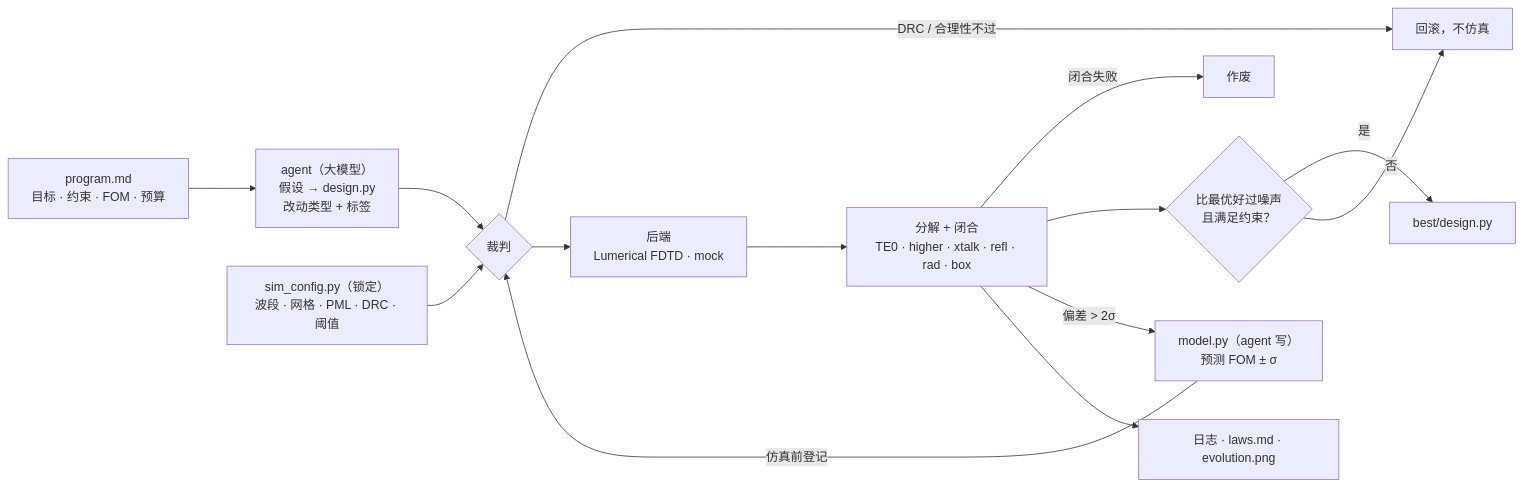
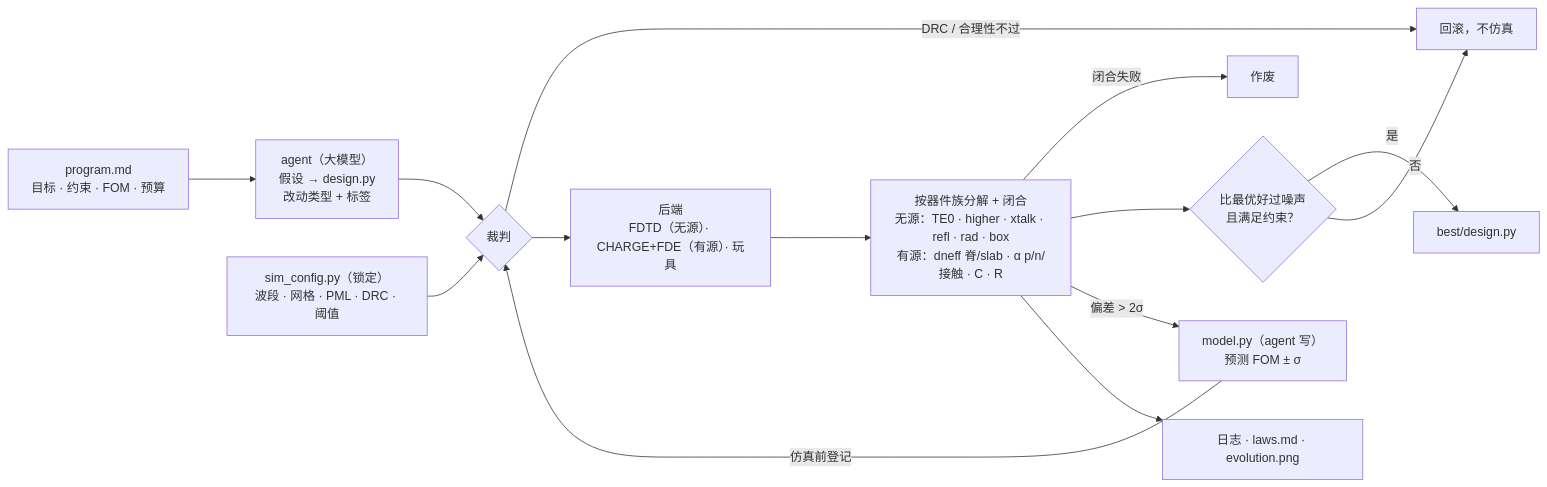
One commit to q3430468220-tech/photonics-design-agent changed the diagram in README_zh-CN.md. Above: the diagram before and after it, drawn with Mermaid. The commit also changed other lines of this file and 33 other files, not shown here.

````diff
--- a/README_zh-CN.md
+++ b/README_zh-CN.md
@@ -42,16 +59,16 @@
 ```mermaid
 flowchart LR
     H["program.md<br/>目标 · 约束 · FOM · 预算"] --> A
     C["sim_config.py（锁定）<br/>波段 · 网格 · PML · DRC · 阈值"] --> J
     A["agent（大模型）<br/>假设 → design.py<br/>改动类型 + 标签"] --> J{"裁判"}
     M["model.py（agent 写）<br/>预测 FOM ± σ"] -- "仿真前登记" --> J
     J -- "DRC / 合理性不过" --> R["回滚，不仿真"]
-    J --> S["后端<br/>Lumerical FDTD · mock"]
-    S --> D["分解 + 闭合<br/>TE0 · higher · xtalk · refl · rad · box"]
+    J --> S["后端<br/>FDTD（无源）· CHARGE+FDE（有源）· 玩具"]
+    S --> D["按器件族分解 + 闭合<br/>无源：TE0 · higher · xtalk · refl · rad · box<br/>有源：dneff 脊/slab · α p/n/接触 · C · R"]
     D -- "闭合失败" --> V["作废"]
     D --> K{"比最优好过噪声<br/>且满足约束？"}
     K -- 是 --> B["best/design.py"]
     K -- 否 --> R
     D -- "偏差 > 2σ" --> M
     D --> L["日志 · laws.md · evolution.png"]
 ```
````
